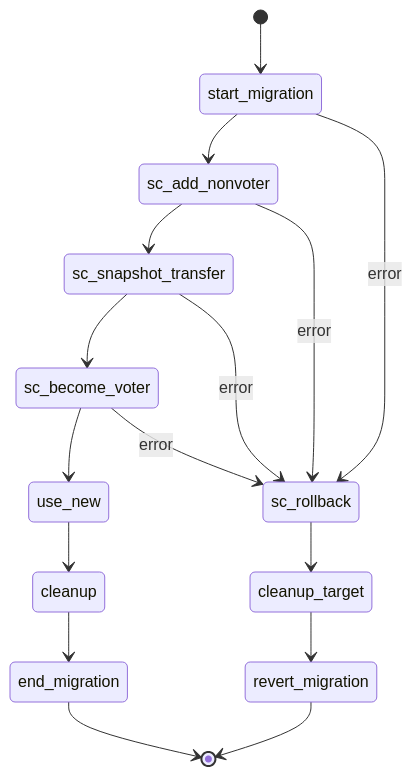
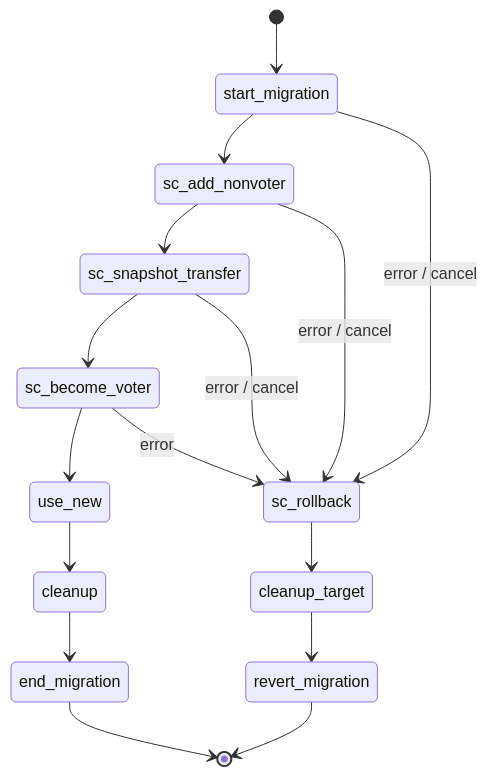
One commit to scylladb/scylladb changed the fourth of 4 diagrams in docs/dev/topology-over-raft.md. Above: the diagram before and after it, drawn with Mermaid. The commit also changed other lines of this file and 1 other file, not shown here.

````diff
--- a/docs/dev/topology-over-raft.md
+++ b/docs/dev/topology-over-raft.md
@@ -493,18 +595,18 @@
 ```mermaid
 stateDiagram-v2
     [*] --> start_migration
     start_migration --> sc_add_nonvoter
     sc_add_nonvoter --> sc_snapshot_transfer
     sc_snapshot_transfer --> sc_become_voter
     sc_become_voter --> use_new
     use_new --> cleanup
     cleanup --> end_migration
     end_migration --> [*]
-    start_migration --> sc_rollback: error
-    sc_add_nonvoter --> sc_rollback: error
-    sc_snapshot_transfer --> sc_rollback: error
+    start_migration --> sc_rollback: error / cancel
+    sc_add_nonvoter --> sc_rollback: error / cancel
+    sc_snapshot_transfer --> sc_rollback: error / cancel
     sc_become_voter --> sc_rollback: error
     sc_rollback --> cleanup_target
     cleanup_target --> revert_migration
     revert_migration --> [*]
 ```
````
